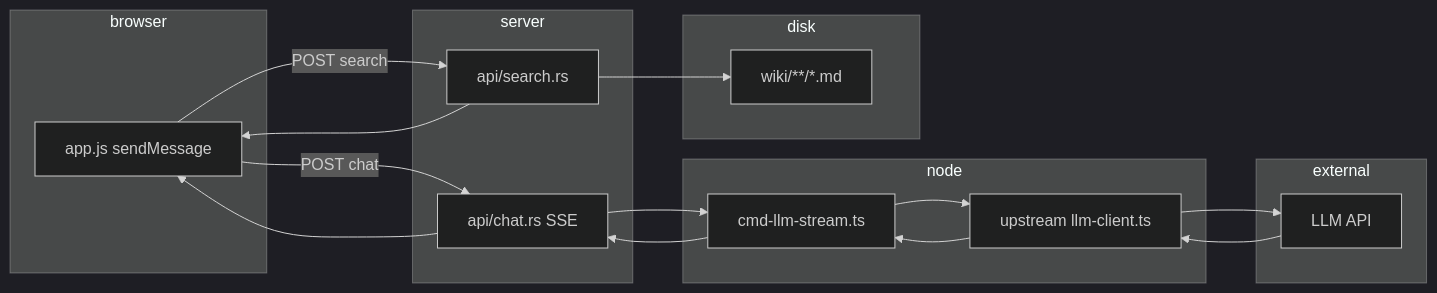
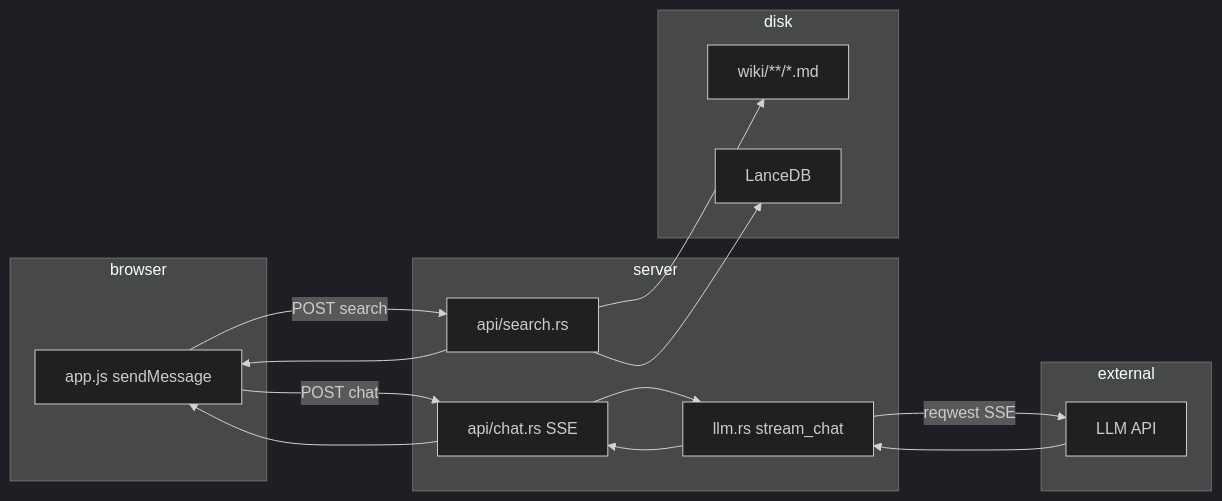
The eighth of 10 diagrams in docs/代码结构总览.md (dfsffsa/llm_wiki-server), drawn with Mermaid (dark theme) before and after one commit. The commit also changed other lines of this file and 7 other files, not shown here.

First line of the commit message:
docs: sync existing docs to reqwest-chat + hybrid-search reality

````diff
--- a/docs/代码结构总览.md
+++ b/docs/代码结构总览.md
@@ -752,32 +764,29 @@
 ```mermaid
 flowchart LR
   subgraph browser
     Lite[app.js sendMessage]
   end
   subgraph server
     Search[api/search.rs]
     Chat[api/chat.rs SSE]
-  end
-  subgraph node
-    Stream[cmd-llm-stream.ts]
-    LLMClient[upstream llm-client.ts]
+    LlmMod[llm.rs stream_chat]
   end
   subgraph external
     LLM[LLM API]
   end
   subgraph disk
     Wiki[wiki/**/*.md]
+    Lance[LanceDB]
   end
 
   Lite -->|POST search| Search
   Search --> Wiki
+  Search --> Lance
   Search --> Lite
   Lite -->|POST chat| Chat
-  Chat --> Stream
-  Stream --> LLMClient
-  LLMClient --> LLM
-  LLM --> LLMClient
-  LLMClient --> Stream
-  Stream --> Chat
+  Chat --> LlmMod
+  LlmMod -->|reqwest SSE| LLM
+  LLM --> LlmMod
+  LlmMod --> Chat
   Chat --> Lite
 ```
````
